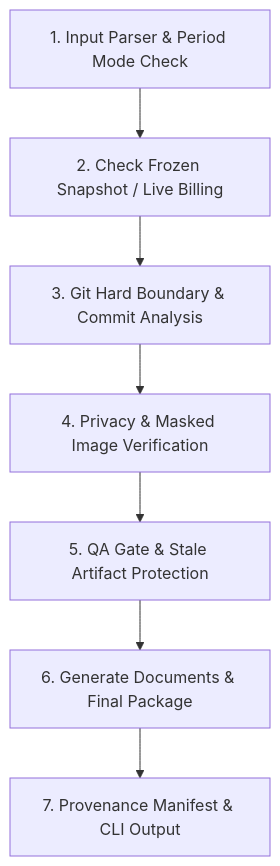
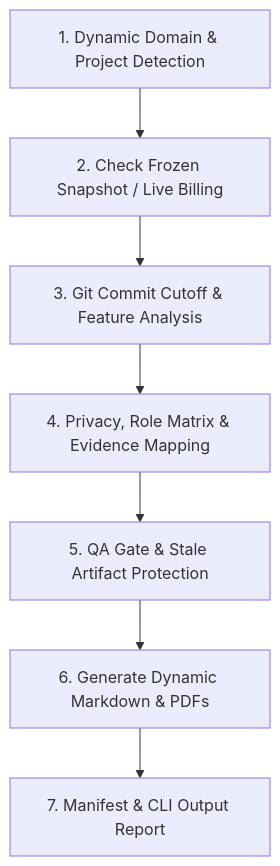
Before and after one commit to ciemilsalim/aplikasi-absensi: the diagram in .agents/skills/siasek-bos/SKILL.md, drawn with Mermaid. The commit also changed other lines of this file and 132 other files, not shown here.

````diff
--- a/.agents/skills/siasek-bos/SKILL.md
+++ b/.agents/skills/siasek-bos/SKILL.md
@@ -38,9 +41,9 @@
 ```mermaid
 graph TD
-    A["1. Input Parser & Period Mode Check"] --> B["2. Check Frozen Snapshot / Live Billing"]
-    B --> C["3. Git Hard Boundary & Commit Analysis"]
-    C --> D["4. Privacy & Masked Image Verification"]
+    A["1. Dynamic Domain & Project Detection"] --> B["2. Check Frozen Snapshot / Live Billing"]
+    B --> C["3. Git Commit Cutoff & Feature Analysis"]
+    C --> D["4. Privacy, Role Matrix & Evidence Mapping"]
     D --> E["5. QA Gate & Stale Artifact Protection"]
-    E --> F["6. Generate Documents & Final Package"]
-    F --> G["7. Provenance Manifest & CLI Output"]
+    E --> F["6. Generate Dynamic Markdown & PDFs"]
+    F --> G["7. Manifest & CLI Output Report"]
 ```
````
